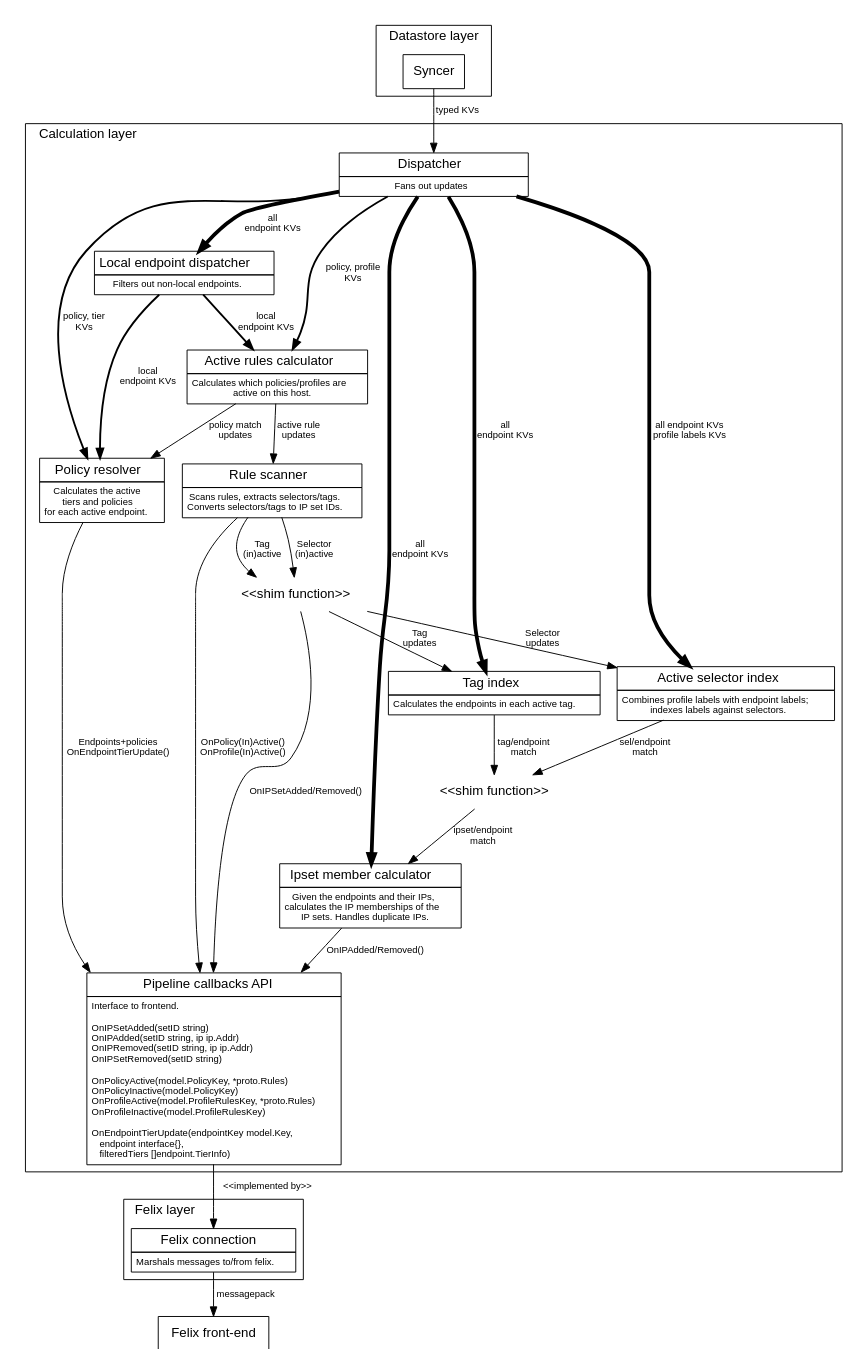
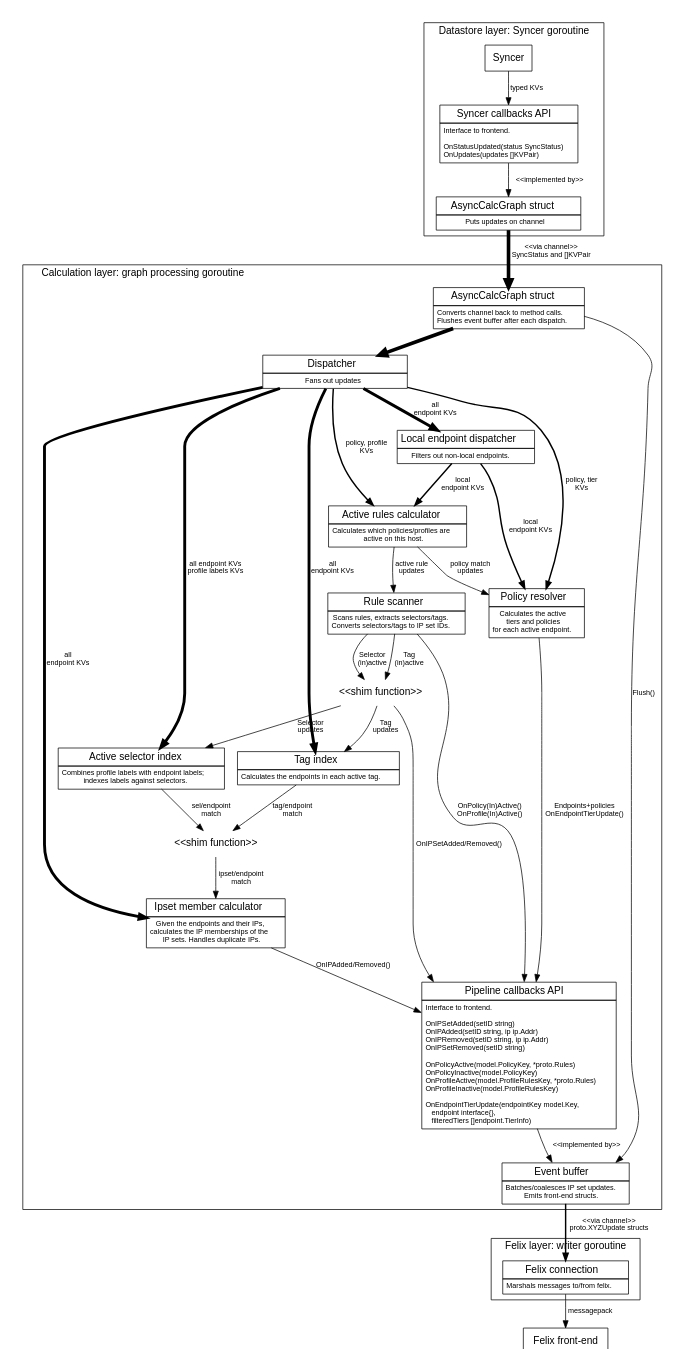
Before and after one commit to projectcalico/libcalico-go: the diagram in doc/calc.dot, drawn with Graphviz.

Commit message:
Update calculation graph diagram.

```diff
--- a/doc/calc.dot
+++ b/doc/calc.dot
@@ -1,133 +1,165 @@
 digraph G {
 size="7.5,10"
 labeljust="l"
 fontname=Helvetica;
 node [fontname=Helvetica]
 edge [fontname=Helvetica,fontsize=10]
 
     subgraph cluster0 {
-    label="Datastore layer";
+    label="Datastore layer: Syncer goroutine";
 
         Syncer [shape=box]
+
+        Syncer -> SyncerCallbacks [label="typed KVs"]
+
+        SyncerCallbacks [label=<<table BORDER="0" CELLBORDER="1" CELLSPACING="0" CELLPADDING="4">
+          <tr><td><font point-size="14">Syncer callbacks API</font></td></tr>
+          <tr><td align="left"><font point-size="10">Interface to frontend.<BR ALIGN="LEFT"/>
+<BR ALIGN="LEFT"/>
+OnStatusUpdated(status SyncStatus)<BR ALIGN="LEFT"/>
+OnUpdates(updates []KVPair)<BR ALIGN="LEFT"/>
+</font></td></tr>
+        </table>>, shape=none, margin=0];
+
+        SyncerCallbacks -> AsyncCalcGraph [label="<<implemented by>>"]
     }
 
-    Syncer -> Dispatcher [label="typed KVs"]
+    AsyncCalcGraph [label=<<table BORDER="0" CELLBORDER="1" CELLSPACING="0" CELLPADDING="4">
+      <tr><td WIDTH="200"><font point-size="14" >AsyncCalcGraph struct</font></td></tr>
+      <tr><td><font point-size="10">Puts updates on channel</font></td></tr>
+    </table>>, shape=none, margin=0]
+    AsyncCalcGraph -> AsyncCalcGraph2 [label="<<via channel>>\nSyncStatus and []KVPair", penwidth=5]
 
     subgraph cluster1 {
-    label="Calculation layer";
+    label="Calculation layer: graph processing goroutine";
+
+        AsyncCalcGraph2 [label=<<table BORDER="0" CELLBORDER="1" CELLSPACING="0" CELLPADDING="4">
+          <tr><td WIDTH="200"><font point-size="14" >AsyncCalcGraph struct</font></td></tr>
+          <tr><td><font point-size="10">Converts channel back to method calls.<BR ALIGN="LEFT"/>Flushes event buffer after each dispatch.</font></td></tr>
+        </table>>, shape=none, margin=0]
+        AsyncCalcGraph2 -> Dispatcher [penwidth=5]
+        AsyncCalcGraph2 -> EventBuffer [label="Flush()"]
+
         subgraph {
             /* Put some padding either side of the Dispatcher. */
             rank=same; nodepadding1; Dispatcher; nodepadding2;
             nodepadding1 [style=invisible,fixedsize=true,width=4]
             nodepadding2 [style=invisible,fixedsize=true,width=4]
             nodepadding1 -> Dispatcher [style=invis];
             Dispatcher -> nodepadding2 [style=invis];
         }
 
         Dispatcher [label=<<table BORDER="0" CELLBORDER="1" CELLSPACING="0" CELLPADDING="4">
           <tr><td WIDTH="200"><font point-size="14" >Dispatcher</font></td></tr>
           <tr><td><font point-size="10">Fans out updates</font></td></tr>
         </table>>, shape=none, margin=0]
         Dispatcher -> PolicyResolver [label="policy, tier\nKVs", penwidth=2]
         Dispatcher -> ActiveRulesCalc [label="policy, profile\nKVs", penwidth=2]
         Dispatcher -> ActiveSelIdx [label="all endpoint KVs\nprofile labels KVs", penwidth=4]
 
         Dispatcher -> LocalDispatcher [label="all\nendpoint KVs", penwidth=4];
         Dispatcher -> TagIndex [label="all\nendpoint KVs", penwidth=4];
         Dispatcher -> MemberCalc [label="all\nendpoint KVs", penwidth=4];
 
 
         LocalDispatcher [label=<<table BORDER="0" CELLBORDER="1" CELLSPACING="0" CELLPADDING="4">
           <tr><td><font point-size="14">Local endpoint dispatcher</font></td></tr>
           <tr><td><font point-size="10">Filters out non-local endpoints.</font></td></tr>
         </table>>, shape=none, margin=0]
         LocalDispatcher -> ActiveRulesCalc [label="local\nendpoint KVs", penwidth=2];
         LocalDispatcher -> PolicyResolver [label="local\nendpoint KVs", penwidth=2]
 
         ActiveRulesCalc [label=<<table BORDER="0" CELLBORDER="1" CELLSPACING="0" CELLPADDING="4">
           <tr><td><font point-size="14">Active rules calculator</font></td></tr>
           <tr><td><font point-size="10">Calculates which policies/profiles are<br/>active on this host.</font></td></tr>
         </table>>, shape=none, margin=0];
         ActiveRulesCalc -> RuleScanner [label="active rule\nupdates"];
         ActiveRulesCalc -> PolicyResolver [label="policy match\nupdates"];
 
         ActiveSelIdx [label=<<table BORDER="0" CELLBORDER="1" CELLSPACING="0" CELLPADDING="4">
           <tr><td><font point-size="14">Active selector index</font></td></tr>
           <tr><td><font point-size="10">Combines profile labels with endpoint labels;<br/>indexes labels against selectors.</font></td></tr>
         </table>>, shape=none, margin=0];
         "<<shim function>>" [shape=none]
         ActiveSelIdx -> "<<shim function>>" [label="sel/endpoint\nmatch"];
 
         RuleScanner [label=<<table BORDER="0" CELLBORDER="1" CELLSPACING="0" CELLPADDING="4">
           <tr><td><font point-size="14">Rule scanner</font></td></tr>
           <tr><td><font point-size="10">Scans rules, extracts selectors/tags.<br/>Converts selectors/tags to IP set IDs.</font></td></tr>
         </table>>, shape=none, margin=0];
 
         PolicyResolver [label=<<table BORDER="0" CELLBORDER="1" CELLSPACING="0" CELLPADDING="4">
           <tr><td><font point-size="14">Policy resolver</font></td></tr>
           <tr><td><font point-size="10">Calculates the active<br/>tiers and policies<br/>for each active endpoint.</font></td></tr>
         </table>>, shape=none, margin=0];
 
 
         TagIndex [label=<<table BORDER="0" CELLBORDER="1" CELLSPACING="0" CELLPADDING="4">
           <tr><td><font point-size="14">Tag index</font></td></tr>
           <tr><td><font point-size="10">Calculates the endpoints in each active tag.</font></td></tr>
         </table>>, shape=none, margin=0];
 
         TagIndex -> "<<shim function>>" [label="tag/endpoint\nmatch"];
         "<<shim function>>" -> MemberCalc [label="ipset/endpoint\nmatch"];
 
         MemberCalc [label=<<table BORDER="0" CELLBORDER="1" CELLSPACING="0" CELLPADDING="4">
           <tr><td><font point-size="14">Ipset member calculator</font></td></tr>
           <tr><td><font point-size="10">Given the endpoints and their IPs,<br/>calculates the IP memberships of the<br/>IP sets. Handles duplicate IPs.</font></td></tr>
         </table>>, shape=none, margin=0];
 
 
         RuleScanner -> PipelineCallbacks [label="OnPolicy(In)Active()\nOnProfile(In)Active()"];
 
         RuleScannerShim [label="<<shim function>>", shape=none]
         RuleScanner -> RuleScannerShim [label="Selector\n(in)active"];
         RuleScannerShim -> ActiveSelIdx [label="Selector\nupdates"]
         RuleScannerShim -> PipelineCallbacks [label="OnIPSetAdded/Removed()"];
 
         RuleScanner -> RuleScannerShim [label="Tag\n(in)active"];
         RuleScannerShim -> TagIndex [label="Tag\nupdates"]
 
 
         MemberCalc -> PipelineCallbacks [label="OnIPAdded/Removed()"];
         PolicyResolver -> PipelineCallbacks [label="Endpoints+policies\nOnEndpointTierUpdate()"];
 
         PipelineCallbacks [label=<<table BORDER="0" CELLBORDER="1" CELLSPACING="0" CELLPADDING="4">
           <tr><td><font point-size="14">Pipeline callbacks API</font></td></tr>
           <tr><td align="left"><font point-size="10">Interface to frontend.<BR ALIGN="LEFT"/>
 <BR ALIGN="LEFT"/>
 OnIPSetAdded(setID string)<BR ALIGN="LEFT"/>
 OnIPAdded(setID string, ip ip.Addr)<BR ALIGN="LEFT"/>
 OnIPRemoved(setID string, ip ip.Addr)<BR ALIGN="LEFT"/>
 OnIPSetRemoved(setID string)<BR ALIGN="LEFT"/>
 <BR ALIGN="LEFT"/>
 OnPolicyActive(model.PolicyKey, *proto.Rules)<BR ALIGN="LEFT"/>
 OnPolicyInactive(model.PolicyKey)<BR ALIGN="LEFT"/>
 OnProfileActive(model.ProfileRulesKey, *proto.Rules)<BR ALIGN="LEFT"/>
 OnProfileInactive(model.ProfileRulesKey)<BR ALIGN="LEFT"/>
 <BR ALIGN="LEFT"/>
 OnEndpointTierUpdate(endpointKey model.Key,<BR ALIGN="LEFT"/>
     endpoint interface{},<BR ALIGN="LEFT"/>
     filteredTiers []endpoint.TierInfo)<BR ALIGN="LEFT"/>
 </font></td></tr>
         </table>>, shape=none, margin=0];
+
+        PipelineCallbacks -> EventBuffer [label="<<implemented by>>"]
+
+        EventBuffer [label=<<table BORDER="0" CELLBORDER="1" CELLSPACING="0" CELLPADDING="4">
+          <tr><td><font point-size="14">Event buffer</font></td></tr>
+          <tr><td><font point-size="10">Batches/coalesces IP set updates.<BR ALIGN="LEFT"/>Emits front-end structs.</font></td></tr>
+        </table>>, shape=none, margin=0];
     }
 
     subgraph cluster2 {
-    label="Felix layer";
+    label="Felix layer: writer goroutine";
         FelixConnection [label=<<table BORDER="0" CELLBORDER="1" CELLSPACING="0" CELLPADDING="4">
           <tr><td><font point-size="14">Felix connection</font></td></tr>
           <tr><td><font point-size="10">Marshals messages to/from felix.</font></td></tr>
         </table>>, shape=none, margin=0];
     }
 
 
-    PipelineCallbacks -> FelixConnection [label="<<implemented by>>"]
+    EventBuffer -> FelixConnection [label="<<via channel>>\nproto.XYZUpdate structs", penwidth=2]
     FelixConnection -> Felix [label="messagepack"];
     Felix [shape=box, label="Felix front-end"];
 }
```
